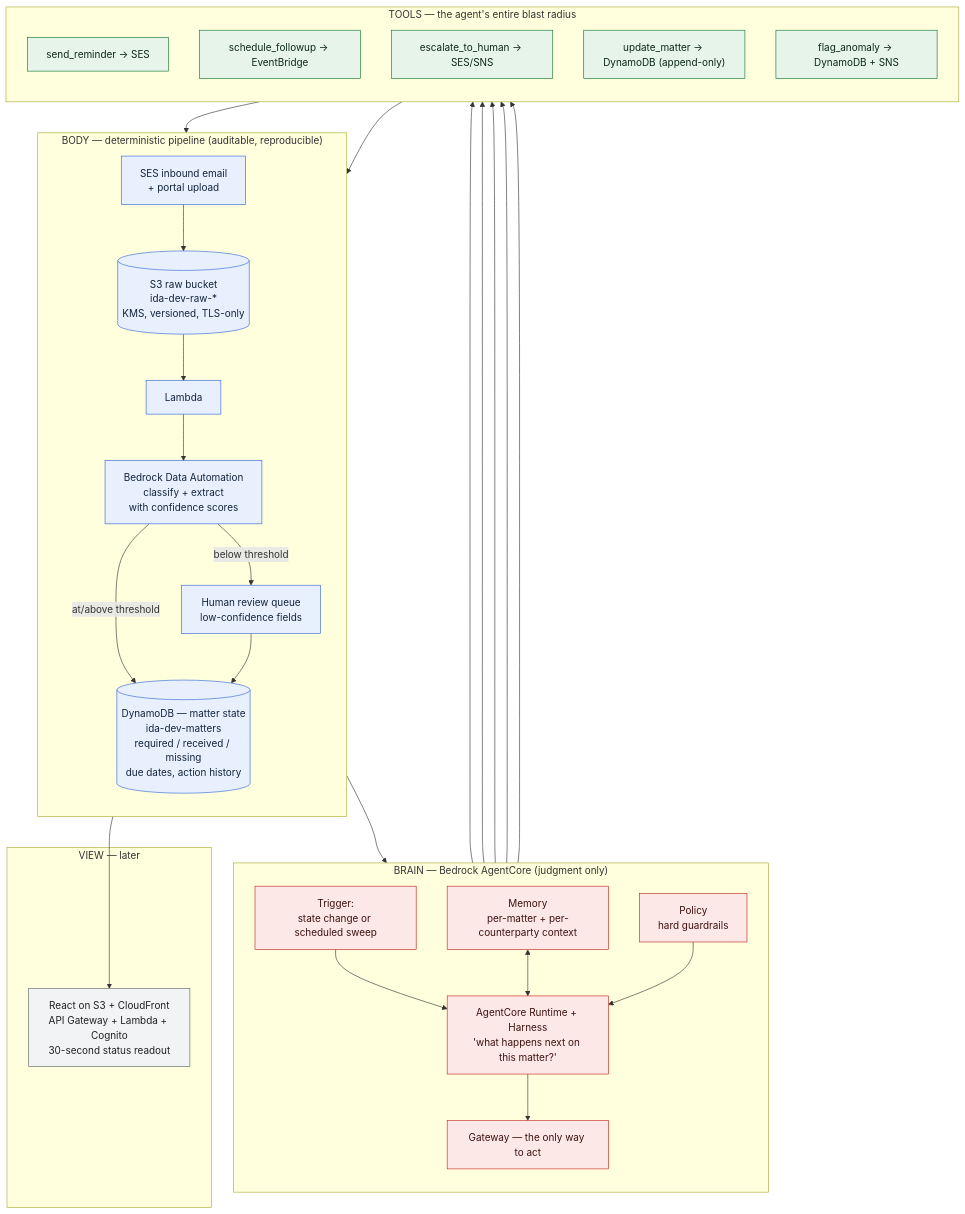
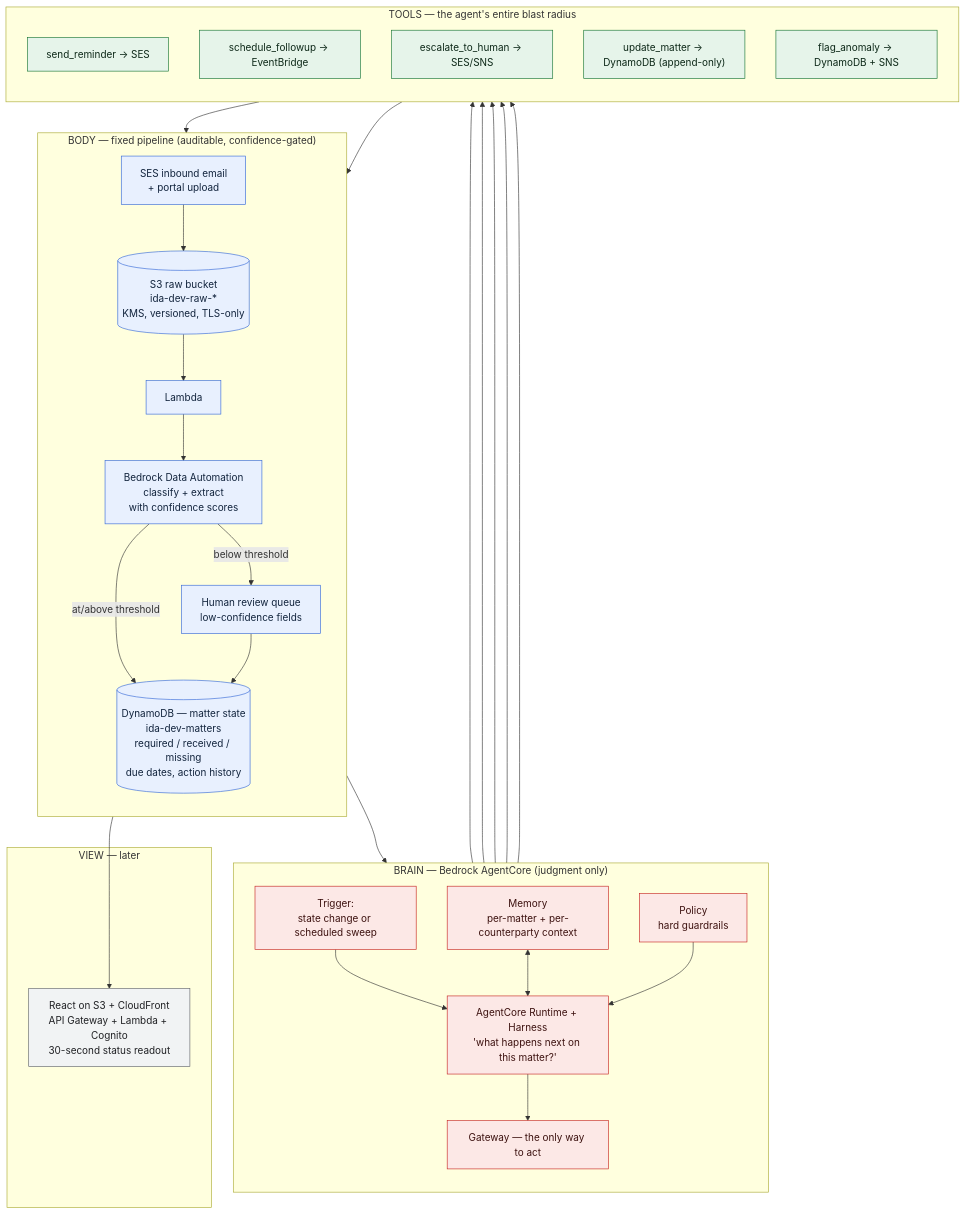
One commit to colinfehlinger/insurance-doc-agent changed the first of 2 diagrams in docs/architecture.md. Above: the diagram before and after it, drawn with Mermaid. The commit also changed other lines of this file and 8 other files, not shown here.

First line of the commit message:
docs: add ADRs 001-003 and correct the "deterministic pipeline" claim

````diff
--- a/docs/architecture.md
+++ b/docs/architecture.md
@@ -22,59 +41,59 @@
 ```mermaid
 flowchart TB
-    subgraph body["BODY — deterministic pipeline (auditable, reproducible)"]
+    subgraph body["BODY — fixed pipeline (auditable, confidence-gated)"]
         direction TB
         email["SES inbound email<br/>+ portal upload"]
         raw[("S3 raw bucket<br/>ida-dev-raw-*<br/>KMS, versioned, TLS-only")]
         ext["Lambda"]
         bda["Bedrock Data Automation<br/>classify + extract<br/>with confidence scores"]
         review["Human review queue<br/>low-confidence fields"]
         ddb[("DynamoDB — matter state<br/>ida-dev-matters<br/>required / received / missing<br/>due dates, action history")]
 
         email --> raw --> ext --> bda
         bda -->|"below threshold"| review
         bda -->|"at/above threshold"| ddb
         review --> ddb
     end
 
     subgraph brain["BRAIN — Bedrock AgentCore (judgment only)"]
         direction TB
         trigger["Trigger:<br/>state change or scheduled sweep"]
         runtime["AgentCore Runtime + Harness<br/>'what happens next on this matter?'"]
         mem["Memory<br/>per-matter + per-counterparty context"]
         pol["Policy<br/>hard guardrails"]
         gw["Gateway — the only way to act"]
 
         trigger --> runtime
         mem <--> runtime
         pol --> runtime
         runtime --> gw
     end
 
     subgraph tools["TOOLS — the agent's entire blast radius"]
         direction TB
         t1["send_reminder → SES"]
         t2["schedule_followup → EventBridge"]
         t3["escalate_to_human → SES/SNS"]
         t4["update_matter → DynamoDB (append-only)"]
         t5["flag_anomaly → DynamoDB + SNS"]
     end
 
     subgraph view["VIEW — later"]
         ui["React on S3 + CloudFront<br/>API Gateway + Lambda + Cognito<br/>30-second status readout"]
     end
 
     ddb --> trigger
     gw --> t1 & t2 & t3 & t4 & t5
     t4 --> ddb
     t5 --> ddb
     ddb --> ui
 
     classDef bodyStyle fill:#e8f0fe,stroke:#3367d6,color:#12243d
     classDef brainStyle fill:#fce8e6,stroke:#c5221f,color:#3d1210
     classDef toolStyle fill:#e6f4ea,stroke:#137333,color:#0d2818
     classDef viewStyle fill:#f1f3f4,stroke:#5f6368,color:#202124
     class email,raw,ext,bda,review,ddb bodyStyle
     class trigger,runtime,mem,pol,gw brainStyle
     class t1,t2,t3,t4,t5 toolStyle
     class ui viewStyle
 ```
````
